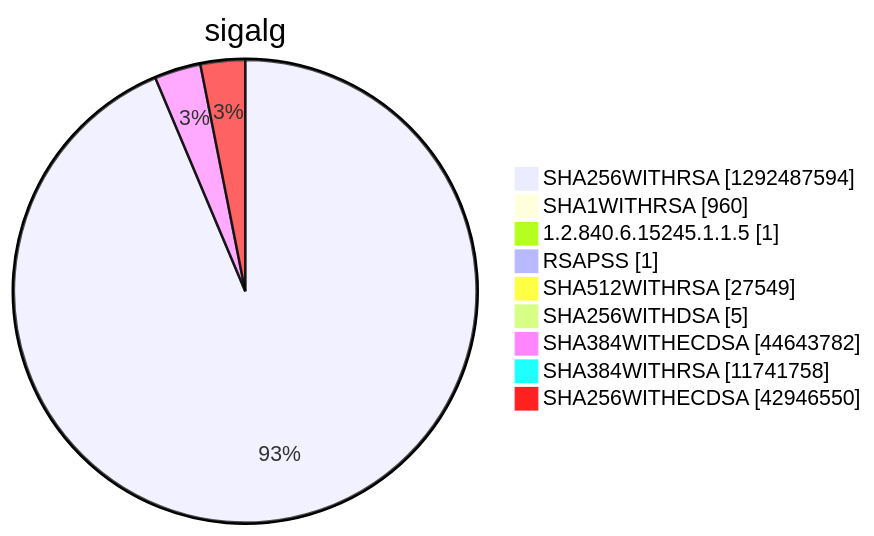
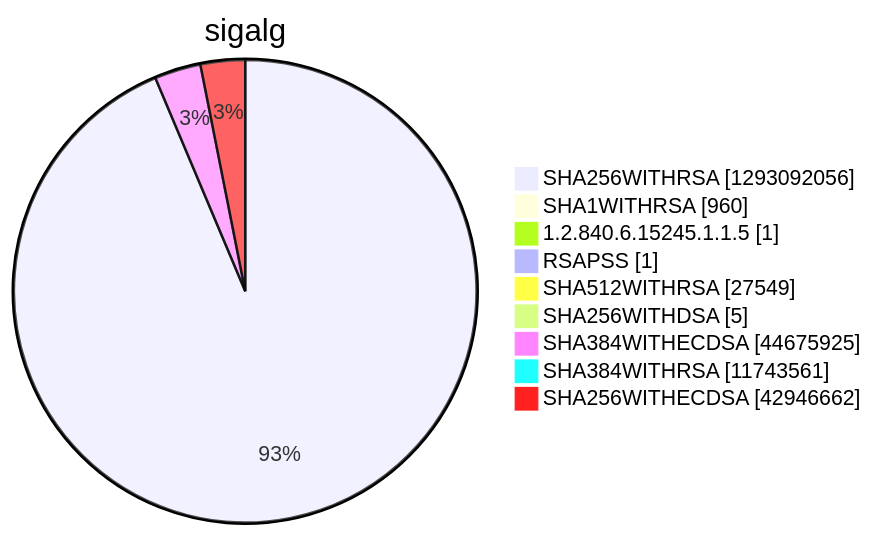
Diagram 15 of 15 in argon2022/README.md (christiankrug/ctmonitor_visualization), drawn with Mermaid before and after one commit. The commit also changed other lines of this file, not shown here.

````diff
--- a/argon2022/README.md
+++ b/argon2022/README.md
@@ -5523,13 +5523,13 @@
 ```mermaid
 pie showData
 title sigalg
-"SHA256WITHRSA" :1292487594
+"SHA256WITHRSA" :1293092056
 "SHA1WITHRSA" :960
 "1.2.840.6.15245.1.1.5" :1
 "RSAPSS" :1
 "SHA512WITHRSA" :27549
 "SHA256WITHDSA" :5
-"SHA384WITHECDSA" :44643782
-"SHA384WITHRSA" :11741758
-"SHA256WITHECDSA" :42946550
+"SHA384WITHECDSA" :44675925
+"SHA384WITHRSA" :11743561
+"SHA256WITHECDSA" :42946662
 ```
````
